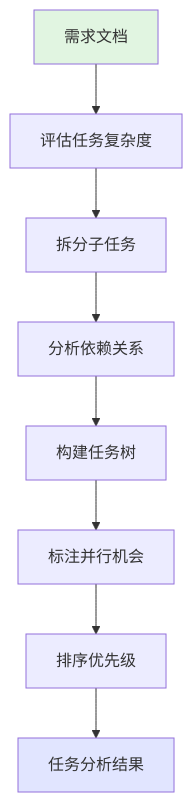
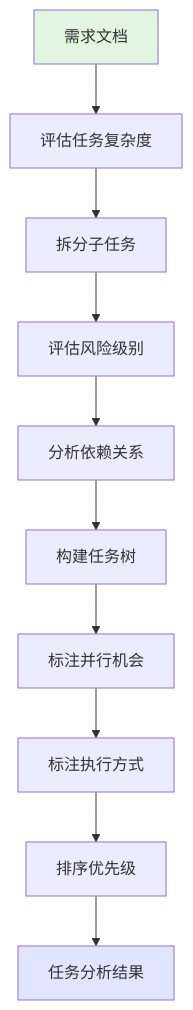
Before and after one commit to JIA-ss/agents: the fourth of 6 diagrams in agents/parallel-task-planner.md, drawn with Mermaid. The commit also changed other lines of this file and 5 other files, not shown here.

````diff
--- a/agents/parallel-task-planner.md
+++ b/agents/parallel-task-planner.md
@@ -119,13 +131,15 @@
 ```mermaid
 flowchart TD
     Input[需求文档] --> Assess[评估任务复杂度]
     Assess --> Decompose[拆分子任务]
-    Decompose --> AnalyzeDep[分析依赖关系]
+    Decompose --> AssessRisk[评估风险级别]
+    AssessRisk --> AnalyzeDep[分析依赖关系]
     AnalyzeDep --> BuildTree[构建任务树]
     BuildTree --> MarkParallel[标注并行机会]
-    MarkParallel --> Priority[排序优先级]
+    MarkParallel --> MarkExecution[标注执行方式]
+    MarkExecution --> Priority[排序优先级]
     Priority --> Output[任务分析结果]
 
     style Input fill:#e1f5e1
     style Output fill:#e1e5ff
 ```
````
